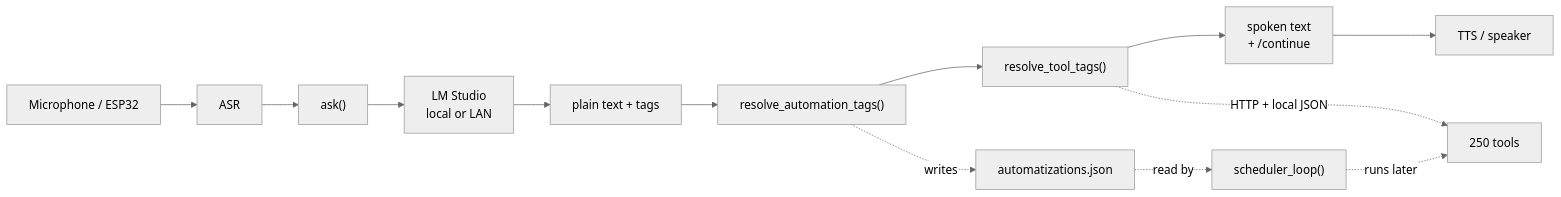
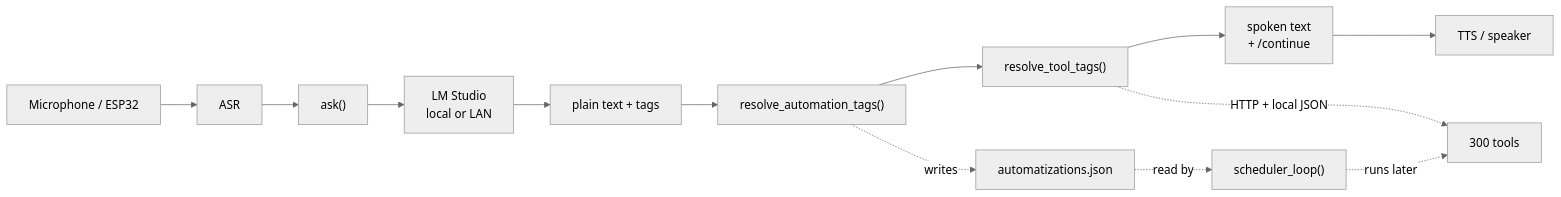
Before and after one commit to conzola/kate: the diagram in LLM/README.md, drawn with Mermaid (neutral theme). The commit also changed other lines of this file and 1 other file, not shown here.

Commit message:
Added another 50 tools. Now total of 300.

````diff
--- a/LLM/README.md
+++ b/LLM/README.md
@@ -122,15 +122,15 @@
 ```mermaid
 flowchart LR
     A["Microphone / ESP32"] --> B["ASR"]
     B --> C["ask()"]
     C --> D["LM Studio<br/>local or LAN"]
     D --> E["plain text + tags"]
     E --> F["resolve_automation_tags()"]
     F --> G["resolve_tool_tags()"]
     G --> H["spoken text<br/>+ /continue"]
     H --> I["TTS / speaker"]
-    G -. "HTTP + local JSON" .-> J["250 tools"]
+    G -. "HTTP + local JSON" .-> J["300 tools"]
     F -. "writes" .-> K["automatizations.json"]
     K -. "read by" .-> L["scheduler_loop()"]
     L -. "runs later" .-> J
 ```
````
